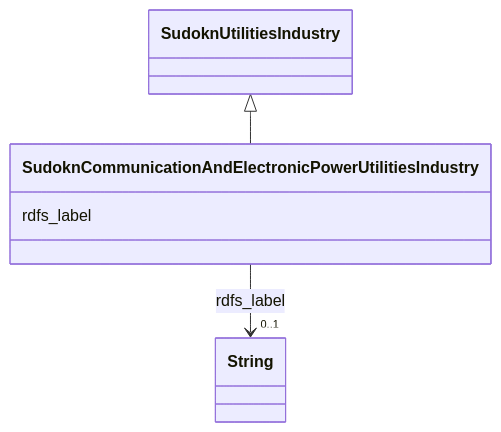
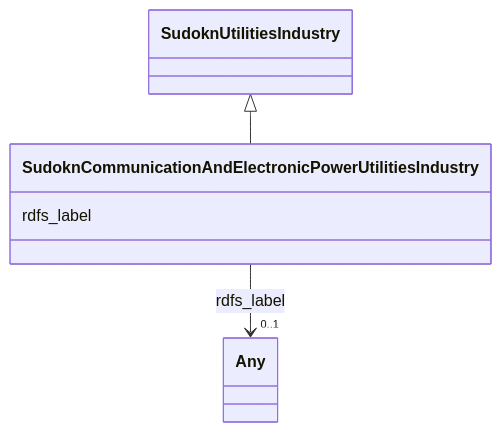
One commit to frink-okn/graph-descriptions changed the diagram in sudokn-kg/classes/SudoknCommunicationAndElectronicPowerUtilitiesIndustry.md. Above: the diagram before and after it, drawn with Mermaid. The commit also changed other lines of this file and 903 other files, not shown here.

````diff
--- a/sudokn-kg/classes/SudoknCommunicationAndElectronicPowerUtilitiesIndustry.md
+++ b/sudokn-kg/classes/SudoknCommunicationAndElectronicPowerUtilitiesIndustry.md
@@ -23,18 +16,18 @@
 ```mermaid
  classDiagram
     class SudoknCommunicationAndElectronicPowerUtilitiesIndustry
     click SudoknCommunicationAndElectronicPowerUtilitiesIndustry href "../SudoknCommunicationAndElectronicPowerUtilitiesIndustry"
       SudoknUtilitiesIndustry <|-- SudoknCommunicationAndElectronicPowerUtilitiesIndustry
         click SudoknUtilitiesIndustry href "../SudoknUtilitiesIndustry"
       
       SudoknCommunicationAndElectronicPowerUtilitiesIndustry : rdfs_label
         
           
     
     
-    SudoknCommunicationAndElectronicPowerUtilitiesIndustry --> "0..1" String : rdfs_label
-    click String href "../String"
+    SudoknCommunicationAndElectronicPowerUtilitiesIndustry --> "0..1" Any : rdfs_label
+    click Any href "../Any"
 
         
       
 ```
````
